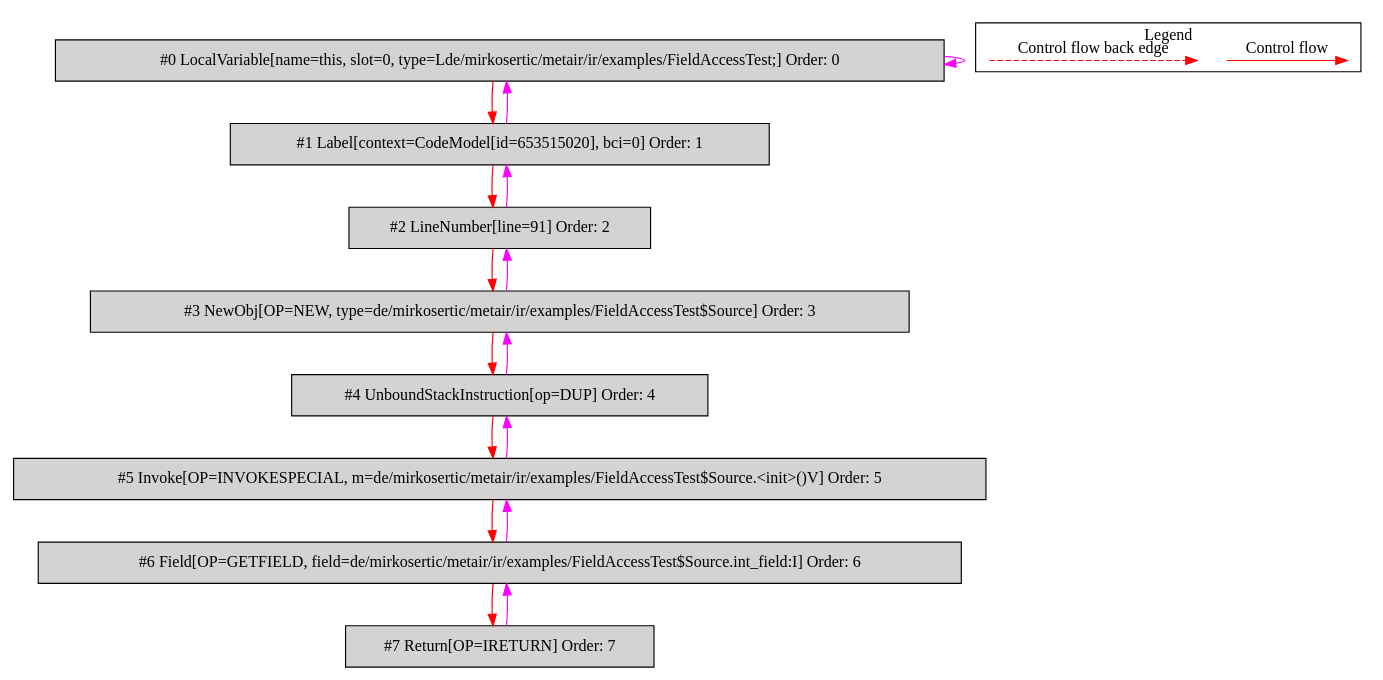
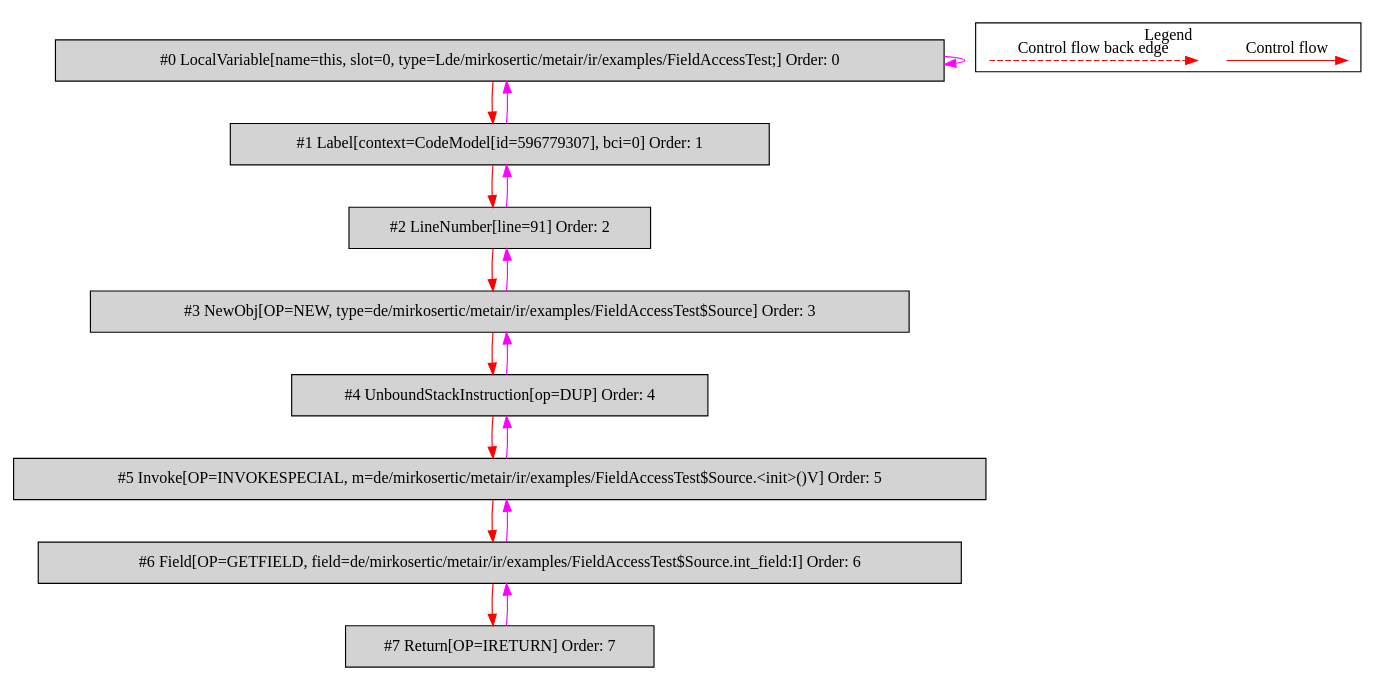
Before and after one commit to mirkosertic/MetaIR: the diagram in de.mirkosertic.metair.ir.examples.FieldAccessTest/return_int/bytecodecfg.dot, drawn with Graphviz. The commit also changed 540 other files, not shown here.

```diff
--- a/de.mirkosertic.metair.ir.examples.FieldAccessTest/return_int/bytecodecfg.dot
+++ b/de.mirkosertic.metair.ir.examples.FieldAccessTest/return_int/bytecodecfg.dot
@@ -1,40 +1,40 @@
 digraph {
  ordering="in";
  node0[label="#0 LocalVariable[name=this, slot=0, type=Lde/mirkosertic/metair/ir/examples/FieldAccessTest;] Order: 0", shape=box, fillcolor=lightgrey, style=filled];
- node1[label="#1 Label[context=CodeModel[id=653515020], bci=0] Order: 1", shape=box, fillcolor=lightgrey, style=filled];
+ node1[label="#1 Label[context=CodeModel[id=596779307], bci=0] Order: 1", shape=box, fillcolor=lightgrey, style=filled];
  node2[label="#2 LineNumber[line=91] Order: 2", shape=box, fillcolor=lightgrey, style=filled];
  node3[label="#3 NewObj[OP=NEW, type=de/mirkosertic/metair/ir/examples/FieldAccessTest$Source] Order: 3", shape=box, fillcolor=lightgrey, style=filled];
  node4[label="#4 UnboundStackInstruction[op=DUP] Order: 4", shape=box, fillcolor=lightgrey, style=filled];
  node5[label="#5 Invoke[OP=INVOKESPECIAL, m=de/mirkosertic/metair/ir/examples/FieldAccessTest$Source.<init>()V] Order: 5", shape=box, fillcolor=lightgrey, style=filled];
  node6[label="#6 Field[OP=GETFIELD, field=de/mirkosertic/metair/ir/examples/FieldAccessTest$Source.int_field:I] Order: 6", shape=box, fillcolor=lightgrey, style=filled];
  node7[label="#7 Return[OP=IRETURN] Order: 7", shape=box, fillcolor=lightgrey, style=filled];
  node0 -> node0[color=fuchsia];
  node0 -> node1[color=red];
  node1 -> node0[color=fuchsia];
  node1 -> node2[color=red];
  node2 -> node1[color=fuchsia];
  node2 -> node3[color=red];
  node3 -> node2[color=fuchsia];
  node3 -> node4[color=red];
  node4 -> node3[color=fuchsia];
  node4 -> node5[color=red];
  node5 -> node4[color=fuchsia];
  node5 -> node6[color=red];
  node6 -> node5[color=fuchsia];
  node6 -> node7[color=red];
  node7 -> node6[color=fuchsia];
  subgraph cluster_000 {
   label = "Legend";
   node [shape=point]
   {
    rank=same;
    c0 [style = invis];
    c1 [style = invis];
    c2 [style = invis];
    c3 [style = invis];
   }
   c0 -> c1 [label="Control flow", style=solid, color=red]
   c2 -> c3 [label="Control flow back edge", style=dashed, color=red]
  }
 
 }
```
